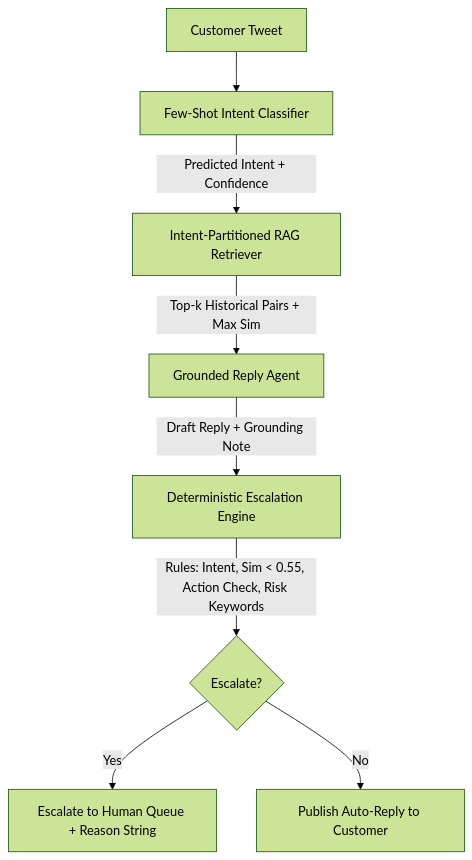
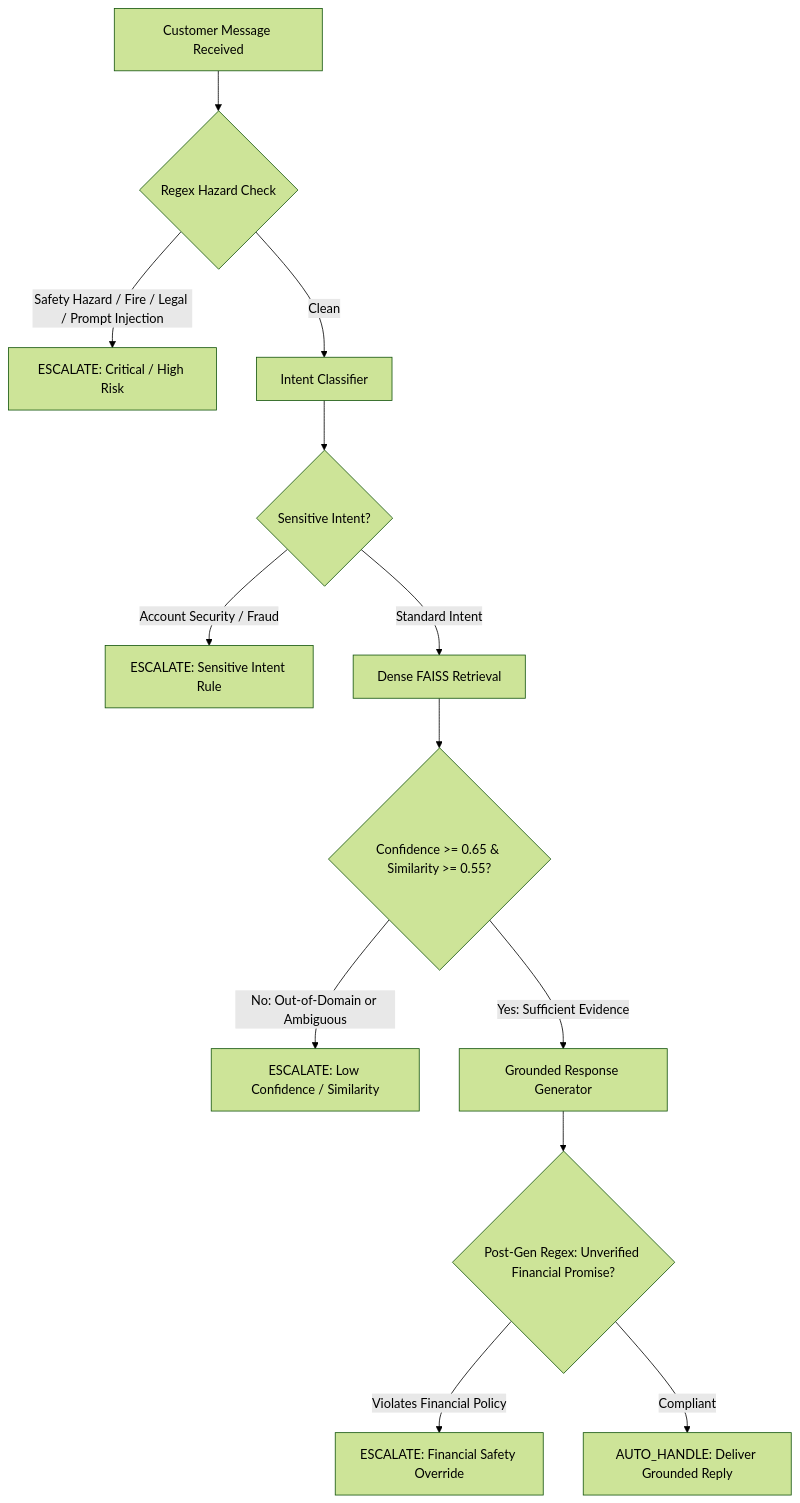
The first of 2 diagrams in report.md (Immanuelj15/hiver-support-agent), drawn with Mermaid (forest theme) before and after one commit. The commit also changed other lines of this file and 64 other files, not shown here.

Commit message:
feat: complete Hiver AI Support Agent implementation with modular RAG, baselines, deterministic safety, and evaluation

````diff
--- a/report.md
+++ b/report.md
@@ -59,10 +96,15 @@
 ```mermaid
 flowchart TD
-    A[Customer Tweet] --> B[Few-Shot Intent Classifier]
-    B -->|Predicted Intent + Confidence| C[Intent-Partitioned RAG Retriever]
-    C -->|Top-k Historical Pairs + Max Sim| D[Grounded Reply Agent]
-    D -->|Draft Reply + Grounding Note| E[Deterministic Escalation Engine]
-    E -->|Rules: Intent, Sim < 0.55, Action Check, Risk Keywords| F{Escalate?}
-    F -->|Yes| G[Escalate to Human Queue + Reason String]
-    F -->|No| H[Publish Auto-Reply to Customer]
+    A[Customer Message Received] --> B{Regex Hazard Check}
+    B -- Safety Hazard / Fire / Legal / Prompt Injection --> ESC1[ESCALATE: Critical / High Risk]
+    B -- Clean --> C[Intent Classifier]
+    C --> D{Sensitive Intent?}
+    D -- Account Security / Fraud --> ESC2[ESCALATE: Sensitive Intent Rule]
+    D -- Standard Intent --> E[Dense FAISS Retrieval]
+    E --> F{Confidence >= 0.65 & Similarity >= 0.55?}
+    F -- No: Out-of-Domain or Ambiguous --> ESC3[ESCALATE: Low Confidence / Similarity]
+    F -- Yes: Sufficient Evidence --> G[Grounded Response Generator]
+    G --> H{Post-Gen Regex: Unverified Financial Promise?}
+    H -- Violates Financial Policy --> ESC4[ESCALATE: Financial Safety Override]
+    H -- Compliant --> I[AUTO_HANDLE: Deliver Grounded Reply]
 ```
````
